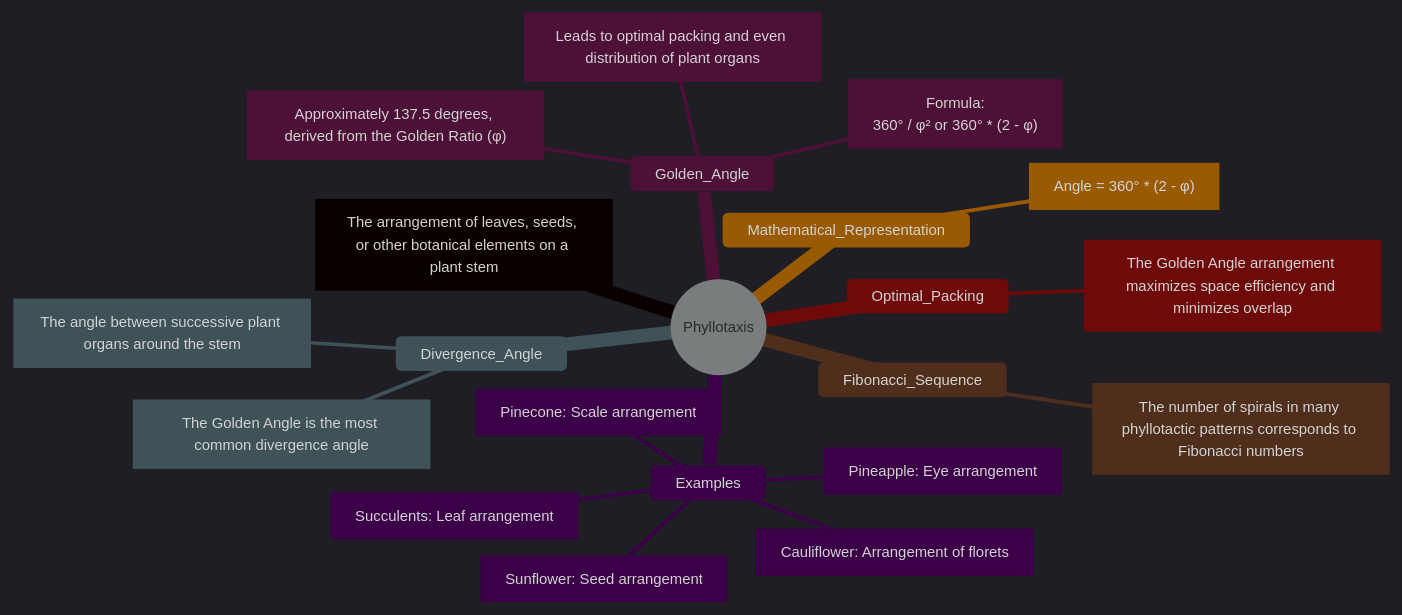
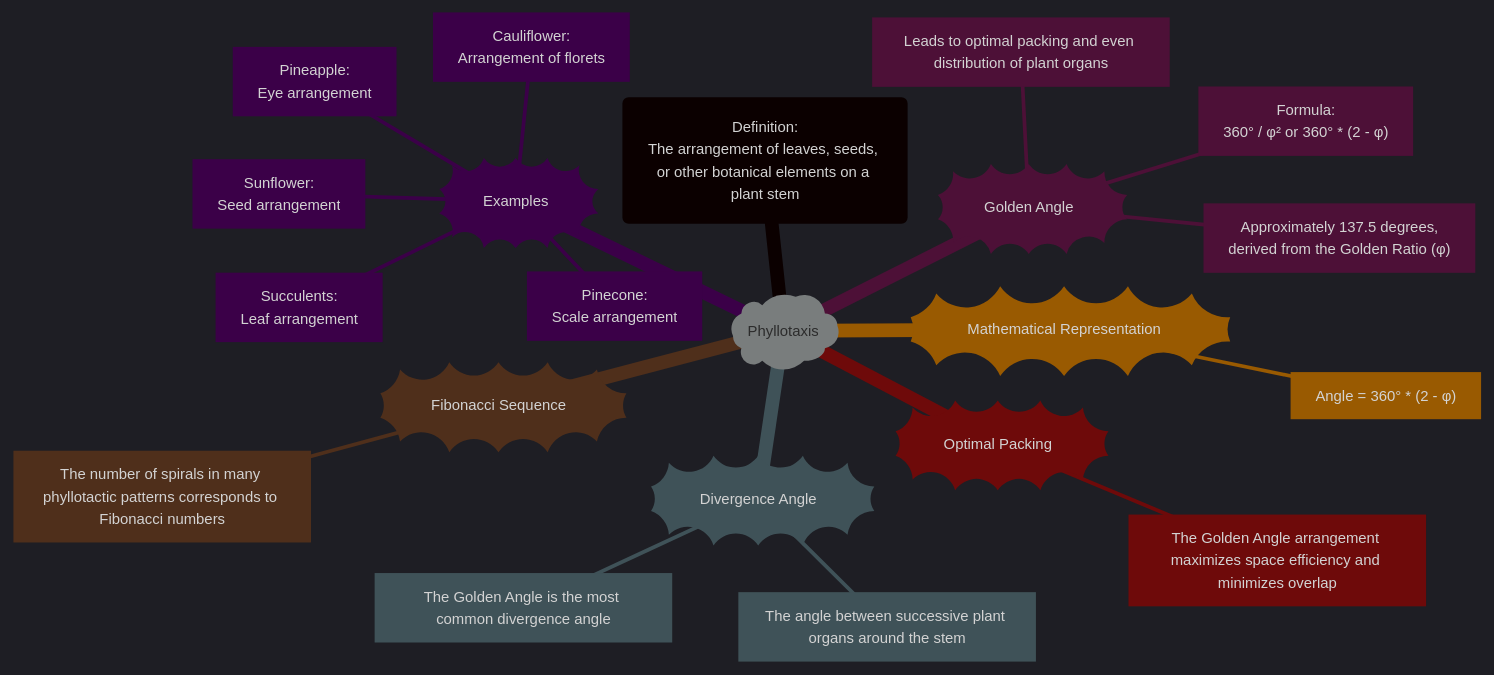
The fifth of 5 diagrams in Patterns_Bridging_Math_ComputerScience_Nature_and_Beyond/Phyllotaxis.md (CongLeSolutionX/AlgoVerse), drawn with Mermaid before and after one commit.

````diff
--- a/Patterns_Bridging_Math_ComputerScience_Nature_and_Beyond/Phyllotaxis.md
+++ b/Patterns_Bridging_Math_ComputerScience_Nature_and_Beyond/Phyllotaxis.md
@@ -287,42 +287,42 @@
 ```mermaid
 ---
 title: "Phyllotaxis - Key Terms and Concepts"
 author: "Cong Le"
 version: "1.0"
 license(s): "MIT, CC BY 4.0"
 copyright: "Copyright (c) 2025 Cong Le. All Rights Reserved."
 config:
   theme: dark
 ---
 %%%%%%%% Mermaid version v11.4.1-b.14
 %%{
   init: {
     'themeVariables': {
       'fontSize': '12px',
       'fontFamily': 'Fantasy'
     }
   }
 }%%
 mindmap
-    root((Phyllotaxis))
-        Definition[The arrangement of leaves, seeds, or other botanical elements on a plant stem]
-        Golden_Angle
-            Definition["Approximately 137.5 degrees, derived from the Golden Ratio (φ)"]
+    root)"Phyllotaxis"(
+        Definition("Definition:<br/>The arrangement of leaves, seeds, or other botanical elements on a plant stem")
+        Golden_Angle))"Golden Angle"((
+            Definition["Approximately 137.5 degrees,<br/> derived from the Golden Ratio (φ)"]
             Formula["Formula:<br>360° / φ² or 360° * (2 - φ)"]
-            Importance[Leads to optimal packing and even distribution of plant organs]
-        Divergence_Angle
+            Importance["Leads to optimal packing and even distribution of plant organs"]
+        Divergence_Angle))"Divergence Angle"((
             Definition["The angle between successive plant organs around the stem"]
             Golden_Angle_as_Example["The Golden Angle is the most common divergence angle"]
-        Fibonacci_Sequence
+        Fibonacci_Sequence))"Fibonacci Sequence"((
             Relation["The number of spirals in many phyllotactic patterns corresponds to Fibonacci numbers"]
-        Optimal_Packing
+        Optimal_Packing))"Optimal Packing"((
             Explanation["The Golden Angle arrangement maximizes space efficiency and minimizes overlap"]
-        Examples
-            Sunflower["Sunflower: Seed arrangement"]
-            Pinecone["Pinecone: Scale arrangement"]
-            Pineapple["Pineapple: Eye arrangement"]
-            Succulents["Succulents: Leaf arrangement"]
-            Cauliflower["Cauliflower: Arrangement of florets"]
-        Mathematical_Representation
+        Examples))"Examples"((
+            Sunflower["Sunflower:<br/>Seed arrangement"]
+            Pinecone["Pinecone:<br/>Scale arrangement"]
+            Pineapple["Pineapple:<br/>Eye arrangement"]
+            Succulents["Succulents:<br/>Leaf arrangement"]
+            Cauliflower["Cauliflower:<br/>Arrangement of florets"]
+        Mathematical_Representation))"Mathematical Representation"((
             Equation["Angle = 360° * (2 - φ)"]
 ```
````
